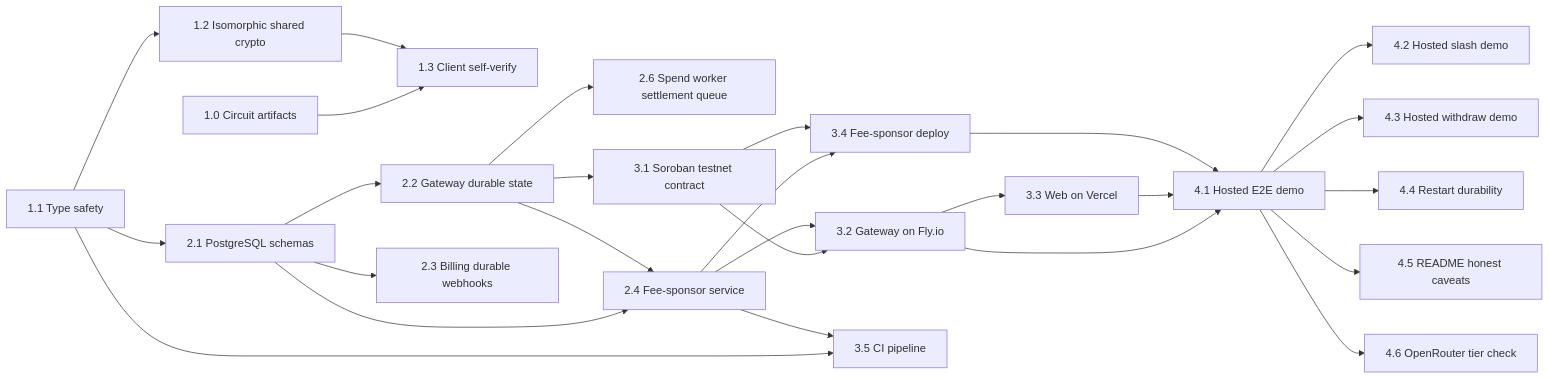
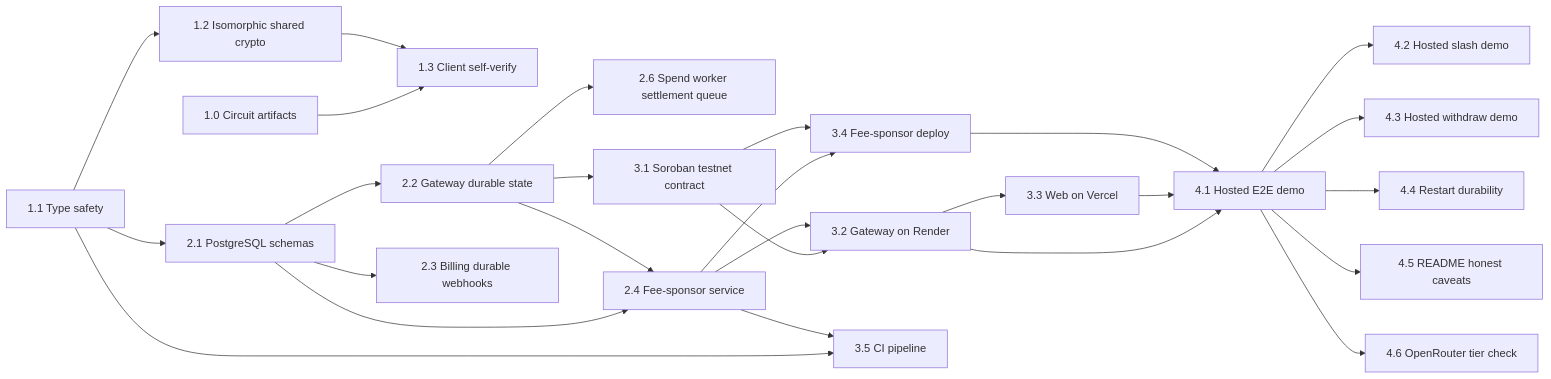
One commit to mangekyou-labs/haze-api changed the diagram in docs/ai/planning/2026-08-04-feature-stellar-launch.md. Above: the diagram before and after it, drawn with Mermaid. The commit also changed other lines of this file, not shown here.

````diff
--- a/docs/ai/planning/2026-08-04-feature-stellar-launch.md
+++ b/docs/ai/planning/2026-08-04-feature-stellar-launch.md
@@ -215,28 +228,28 @@
 ```mermaid
 flowchart LR
   A[1.1 Type safety] --> B[1.2 Isomorphic shared crypto]
   Z[1.0 Circuit artifacts] --> C
   B --> C[1.3 Client self-verify]
   A --> D[2.1 PostgreSQL schemas]
   D --> E[2.2 Gateway durable state]
   E --> E2[2.6 Spend worker settlement queue]
   D --> F[2.3 Billing durable webhooks]
   D --> G[2.4 Fee-sponsor service]
   E --> G
   E --> H[3.1 Soroban testnet contract]
-  H --> I[3.2 Gateway on Fly.io]
+  H --> I[3.2 Gateway on Render]
   G --> I
   G --> J[3.4 Fee-sponsor deploy]
   H --> J
   I --> K[3.3 Web on Vercel]
   A --> L[3.5 CI pipeline]
   G --> L
   I --> M[4.1 Hosted E2E demo]
   K --> M
   J --> M
   M --> N[4.2 Hosted slash demo]
   M --> O[4.3 Hosted withdraw demo]
   M --> P[4.4 Restart durability]
   M --> Q[4.5 README honest caveats]
   M --> R[4.6 OpenRouter tier check]
 ```
````
